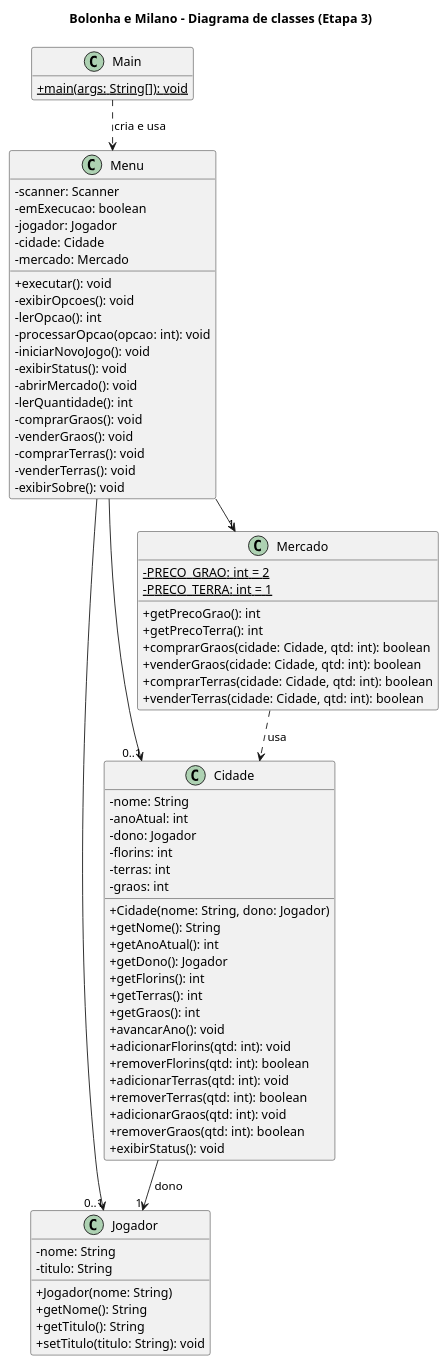
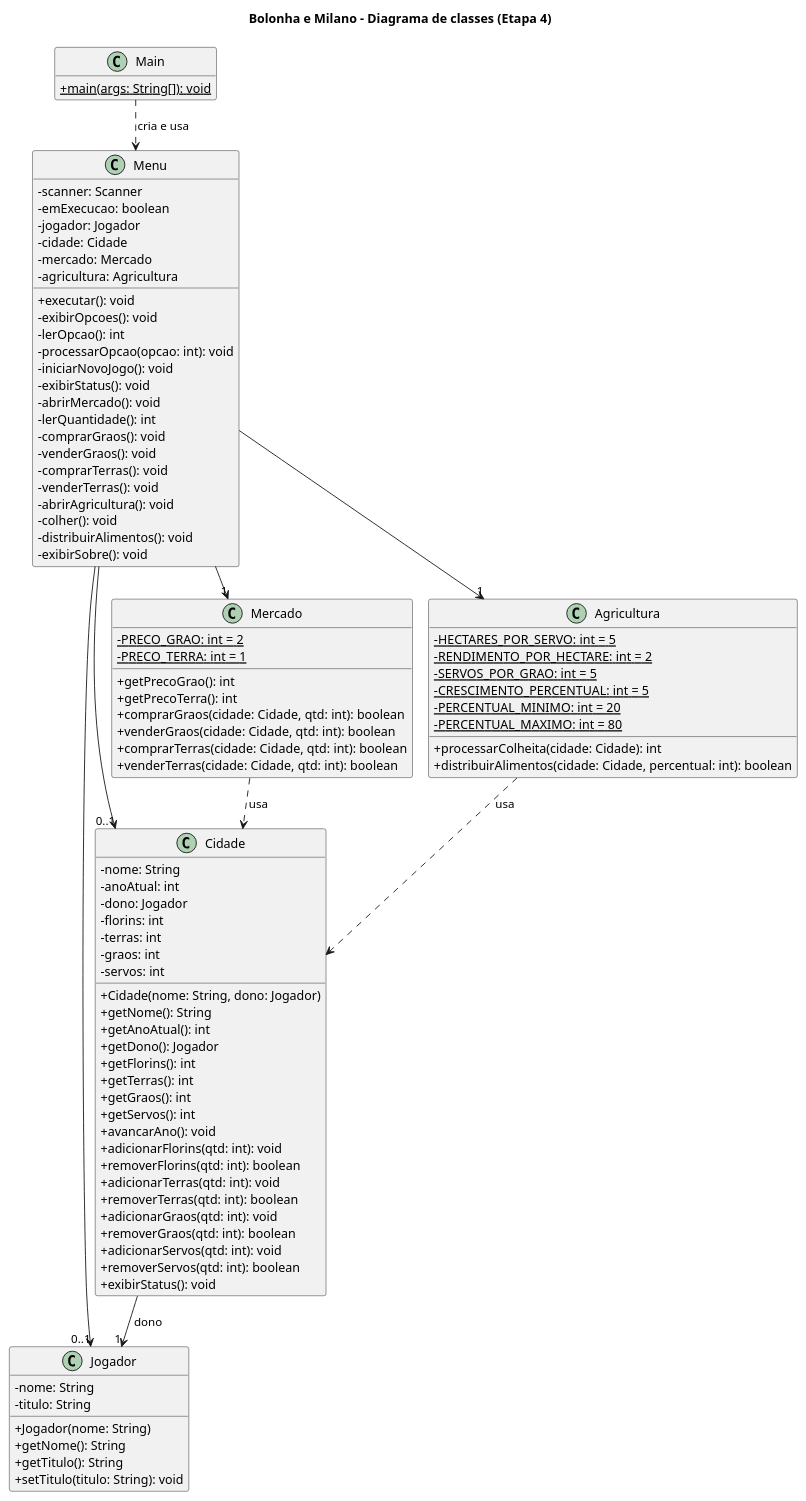
Before and after one commit to JoaoPauloQC/bolonha-milano: the diagram in uml/diagrama-classes.puml, drawn with PlantUML. The commit also changed 3 other files, not shown here.

Commit message:
etapa 4: diagramas atualizados

```diff
--- a/uml/diagrama-classes.puml
+++ b/uml/diagrama-classes.puml
@@ -1,82 +1,103 @@
 @startuml diagrama-classes
 !pragma layout smetana
-title Bolonha e Milano - Diagrama de classes (Etapa 3)
+title Bolonha e Milano - Diagrama de classes (Etapa 4)
 skinparam classAttributeIconSize 0
 hide empty members
 
 class Main {
   + {static} main(args: String[]): void
 }
 
 class Menu {
   - scanner: Scanner
   - emExecucao: boolean
   - jogador: Jogador
   - cidade: Cidade
   - mercado: Mercado
+  - agricultura: Agricultura
   + executar(): void
   - exibirOpcoes(): void
   - lerOpcao(): int
   - processarOpcao(opcao: int): void
   - iniciarNovoJogo(): void
   - exibirStatus(): void
   - abrirMercado(): void
   - lerQuantidade(): int
   - comprarGraos(): void
   - venderGraos(): void
   - comprarTerras(): void
   - venderTerras(): void
+  - abrirAgricultura(): void
+  - colher(): void
+  - distribuirAlimentos(): void
   - exibirSobre(): void
 }
 
 class Jogador {
   - nome: String
   - titulo: String
   + Jogador(nome: String)
   + getNome(): String
   + getTitulo(): String
   + setTitulo(titulo: String): void
 }
 
 class Cidade {
   - nome: String
   - anoAtual: int
   - dono: Jogador
   - florins: int
   - terras: int
   - graos: int
+  - servos: int
   + Cidade(nome: String, dono: Jogador)
   + getNome(): String
   + getAnoAtual(): int
   + getDono(): Jogador
   + getFlorins(): int
   + getTerras(): int
   + getGraos(): int
+  + getServos(): int
   + avancarAno(): void
   + adicionarFlorins(qtd: int): void
   + removerFlorins(qtd: int): boolean
   + adicionarTerras(qtd: int): void
   + removerTerras(qtd: int): boolean
   + adicionarGraos(qtd: int): void
   + removerGraos(qtd: int): boolean
+  + adicionarServos(qtd: int): void
+  + removerServos(qtd: int): boolean
   + exibirStatus(): void
 }
 
 class Mercado {
   - {static} PRECO_GRAO: int = 2
   - {static} PRECO_TERRA: int = 1
   + getPrecoGrao(): int
   + getPrecoTerra(): int
   + comprarGraos(cidade: Cidade, qtd: int): boolean
   + venderGraos(cidade: Cidade, qtd: int): boolean
   + comprarTerras(cidade: Cidade, qtd: int): boolean
   + venderTerras(cidade: Cidade, qtd: int): boolean
 }
 
+class Agricultura {
+  - {static} HECTARES_POR_SERVO: int = 5
+  - {static} RENDIMENTO_POR_HECTARE: int = 2
+  - {static} SERVOS_POR_GRAO: int = 5
+  - {static} CRESCIMENTO_PERCENTUAL: int = 5
+  - {static} PERCENTUAL_MINIMO: int = 20
+  - {static} PERCENTUAL_MAXIMO: int = 80
+  + processarColheita(cidade: Cidade): int
+  + distribuirAlimentos(cidade: Cidade, percentual: int): boolean
+}
+
 Main ..> Menu : cria e usa
 Menu --> "0..1" Jogador
 Menu --> "0..1" Cidade
 Menu --> "1" Mercado
+Menu --> "1" Agricultura
 Cidade --> "1" Jogador : dono
 Mercado ..> Cidade : usa
+Agricultura ..> Cidade : usa
 @enduml
```
